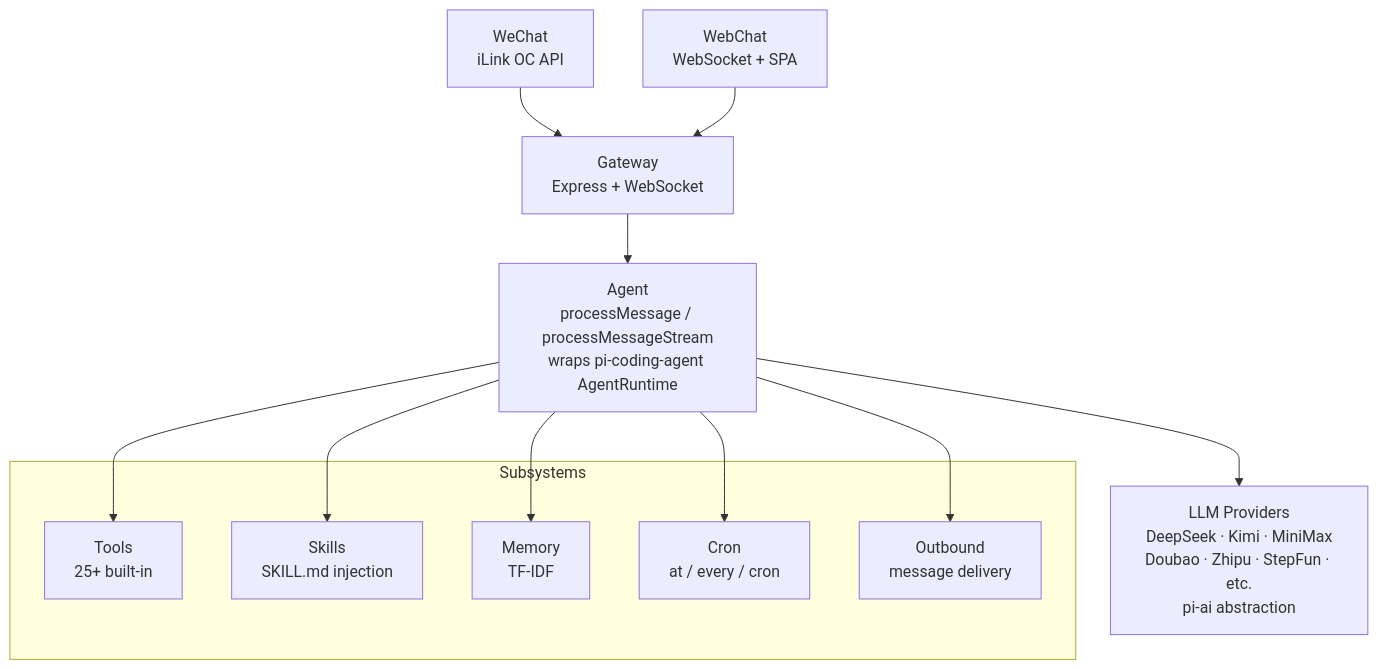
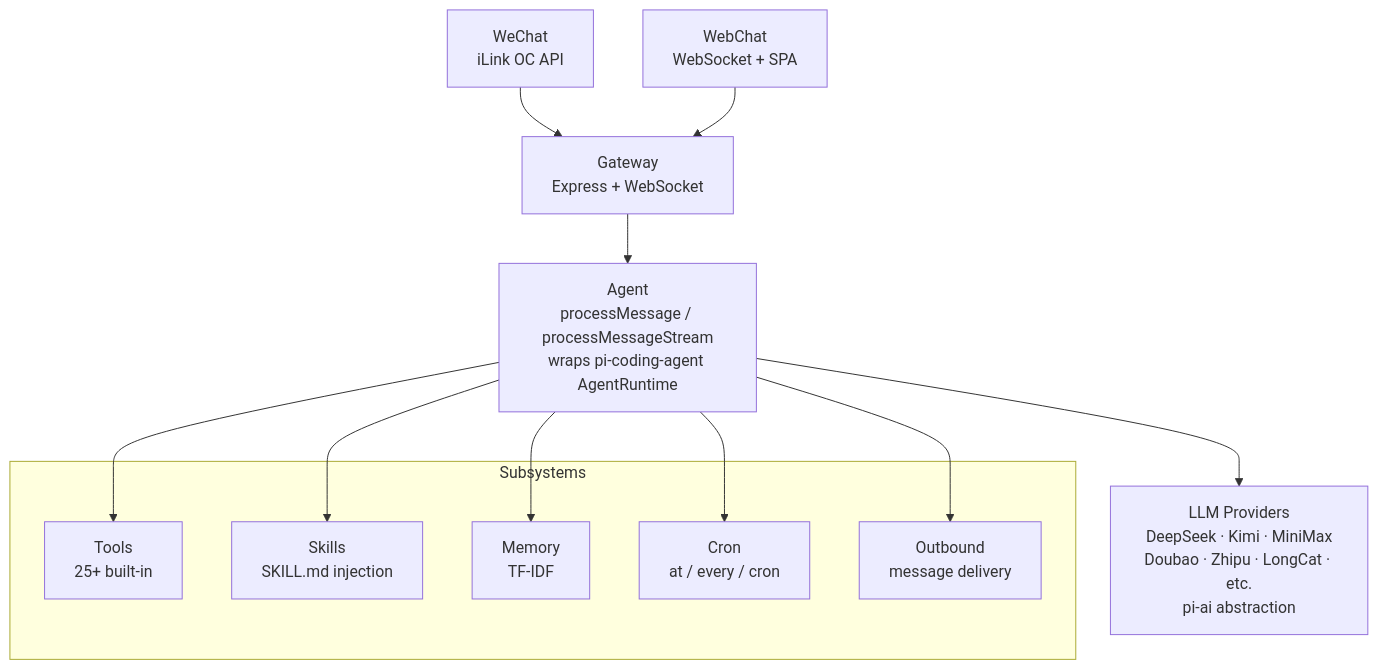
One commit to counhopig/vex-bot changed the diagram in README.md. Above: the diagram before and after it, drawn with Mermaid. The commit also changed other lines of this file and 22 other files, not shown here.

Commit message:
feat(providers): add LongCat support

````diff
--- a/README.md
+++ b/README.md
@@ -30,23 +30,23 @@
 ```mermaid
 flowchart TD
     WX[WeChat<br/>iLink OC API] --> GW
     WC[WebChat<br/>WebSocket + SPA] --> GW
 
     GW[Gateway<br/>Express + WebSocket] --> AG
 
     AG[Agent<br/>processMessage / processMessageStream<br/>wraps pi-coding-agent AgentRuntime] --> TO
     AG --> SK
     AG --> ME
     AG --> CR
     AG --> OB
 
     subgraph Subsystems
         TO[Tools<br/>25+ built-in]
         SK[Skills<br/>SKILL.md injection]
         ME[Memory<br/>TF-IDF]
         CR[Cron<br/>at / every / cron]
         OB[Outbound<br/>message delivery]
     end
 
-    AG --> PR[LLM Providers<br/>DeepSeek · Kimi · MiniMax<br/>Doubao · Zhipu · StepFun · etc.<br/>pi-ai abstraction]
+    AG --> PR[LLM Providers<br/>DeepSeek · Kimi · MiniMax<br/>Doubao · Zhipu · LongCat · etc.<br/>pi-ai abstraction]
 ```
````
